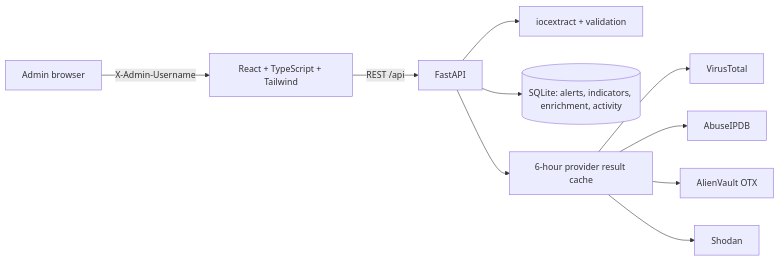
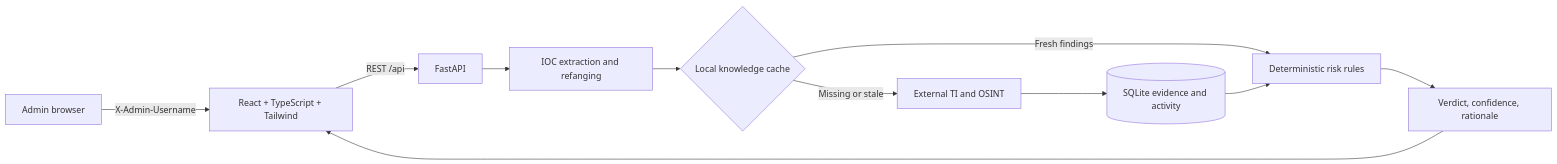
One commit to cyber5957/hybrid-threat-intelligence-engine changed the diagram in README.md. Above: the diagram before and after it, drawn with Mermaid. The commit also changed other lines of this file and 7 other files, not shown here.

````diff
--- a/README.md
+++ b/README.md
@@ -9,12 +9,13 @@
 ```mermaid
 flowchart LR
   Analyst[Admin browser] -->|X-Admin-Username| UI[React + TypeScript + Tailwind]
   UI -->|REST /api| API[FastAPI]
-  API --> EX[iocextract + validation]
-  API --> DB[(SQLite: alerts, indicators, enrichment, activity)]
-  API --> CACHE[6-hour provider result cache]
-  CACHE --> VT[VirusTotal]
-  CACHE --> AB[AbuseIPDB]
-  CACHE --> OTX[AlienVault OTX]
-  CACHE --> SH[Shodan]
+  API --> EX[IOC extraction and refanging]
+  EX --> KB{Local knowledge cache}
+  KB -->|Fresh findings| RULES[Deterministic risk rules]
+  KB -->|Missing or stale| EXT[External TI and OSINT]
+  EXT --> DB[(SQLite evidence and activity)]
+  DB --> RULES
+  RULES --> ASSESS[Verdict, confidence, rationale]
+  ASSESS --> UI
 ```
````
